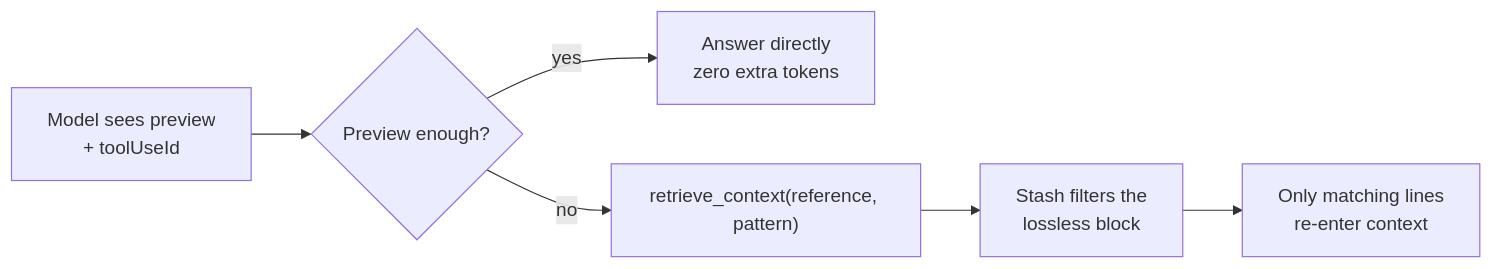
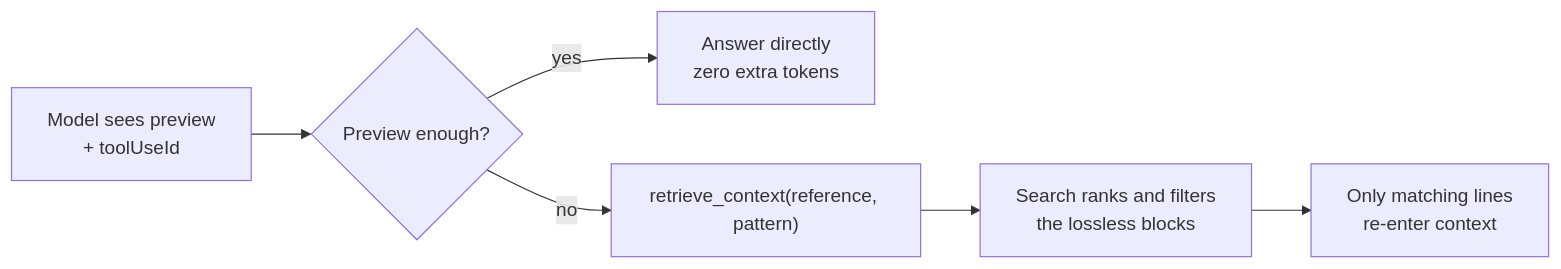
The third of 4 diagrams in site/src/content/blog/jit-context-retrieval.mdx (lizradway/harness-sdk), drawn with Mermaid before and after one commit. The commit also changed other lines of this file, not shown here.

Commit message:
docs(blog): restore original prose, keep only diagrams and code

````diff
--- a/site/src/content/blog/jit-context-retrieval.mdx
+++ b/site/src/content/blog/jit-context-retrieval.mdx
@@ -114,8 +108,8 @@
 ```mermaid
 flowchart LR
     A["Model sees preview<br/>+ toolUseId"] --> B{Preview enough?}
     B -->|yes| C[Answer directly<br/>zero extra tokens]
     B -->|no| D["retrieve_context(reference, pattern)"]
-    D --> E[Stash filters the<br/>lossless block]
+    D --> E[Search ranks and filters<br/>the lossless blocks]
     E --> F[Only matching lines<br/>re-enter context]
 ```
````
